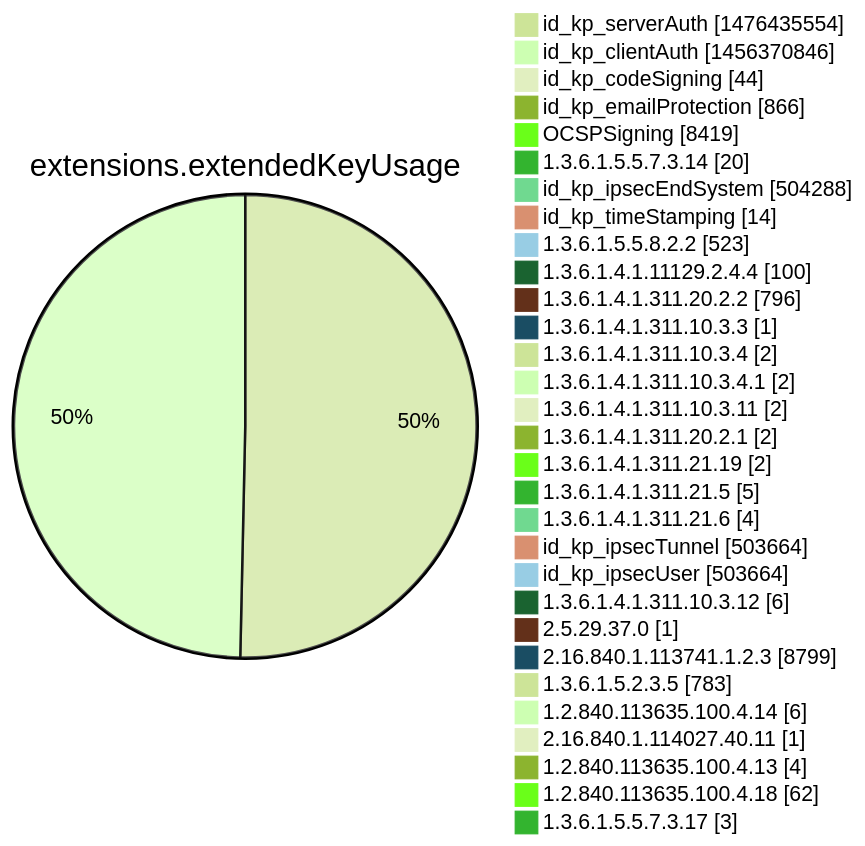
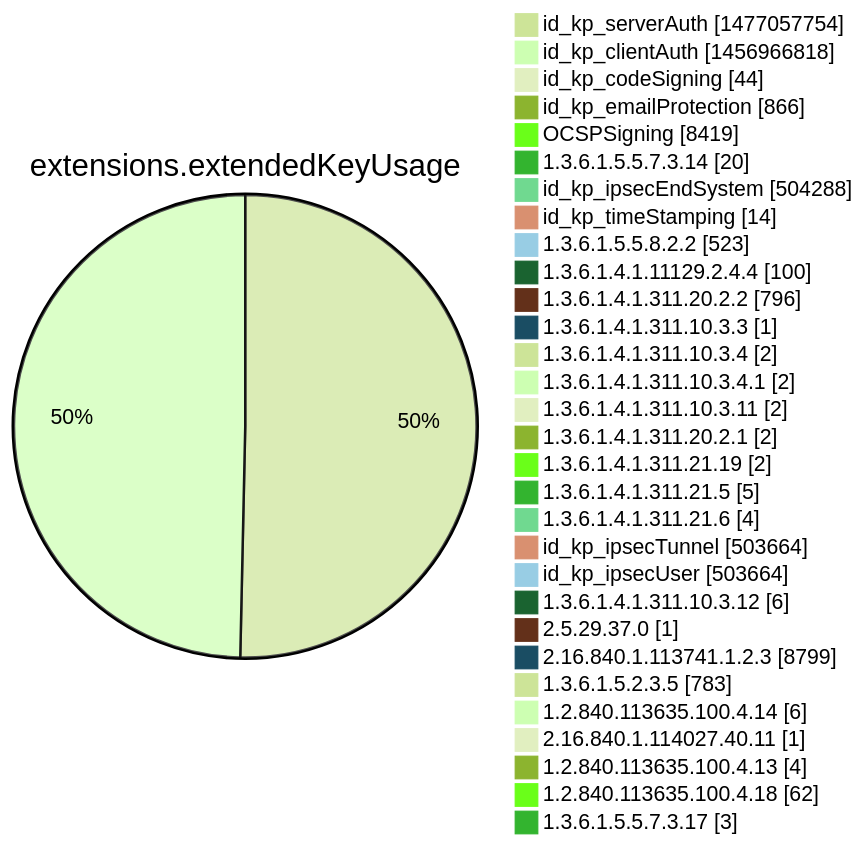
Before and after one commit to christiankrug/ctmonitor_visualization: diagram 12 of 15 in argon2022/README.md, drawn with Mermaid (forest theme). The commit also changed other lines of this file, not shown here.

````diff
--- a/argon2022/README.md
+++ b/argon2022/README.md
@@ -3555,34 +3555,34 @@
 ```mermaid
 pie showData
 title extensions.extendedKeyUsage
-"id_kp_serverAuth" :1476435554
-"id_kp_clientAuth" :1456370846
+"id_kp_serverAuth" :1477057754
+"id_kp_clientAuth" :1456966818
 "id_kp_codeSigning" :44
 "id_kp_emailProtection" :866
 "OCSPSigning" :8419
 "1.3.6.1.5.5.7.3.14" :20
 "id_kp_ipsecEndSystem" :504288
 "id_kp_timeStamping" :14
 "1.3.6.1.5.5.8.2.2" :523
 "1.3.6.1.4.1.11129.2.4.4" :100
 "1.3.6.1.4.1.311.20.2.2" :796
 "1.3.6.1.4.1.311.10.3.3" :1
 "1.3.6.1.4.1.311.10.3.4" :2
 "1.3.6.1.4.1.311.10.3.4.1" :2
 "1.3.6.1.4.1.311.10.3.11" :2
 "1.3.6.1.4.1.311.20.2.1" :2
 "1.3.6.1.4.1.311.21.19" :2
 "1.3.6.1.4.1.311.21.5" :5
 "1.3.6.1.4.1.311.21.6" :4
 "id_kp_ipsecTunnel" :503664
 "id_kp_ipsecUser" :503664
 "1.3.6.1.4.1.311.10.3.12" :6
 "2.5.29.37.0" :1
 "2.16.840.1.113741.1.2.3" :8799
 "1.3.6.1.5.2.3.5" :783
 "1.2.840.113635.100.4.14" :6
 "2.16.840.1.114027.40.11" :1
 "1.2.840.113635.100.4.13" :4
 "1.2.840.113635.100.4.18" :62
 "1.3.6.1.5.5.7.3.17" :3
 ```
````
